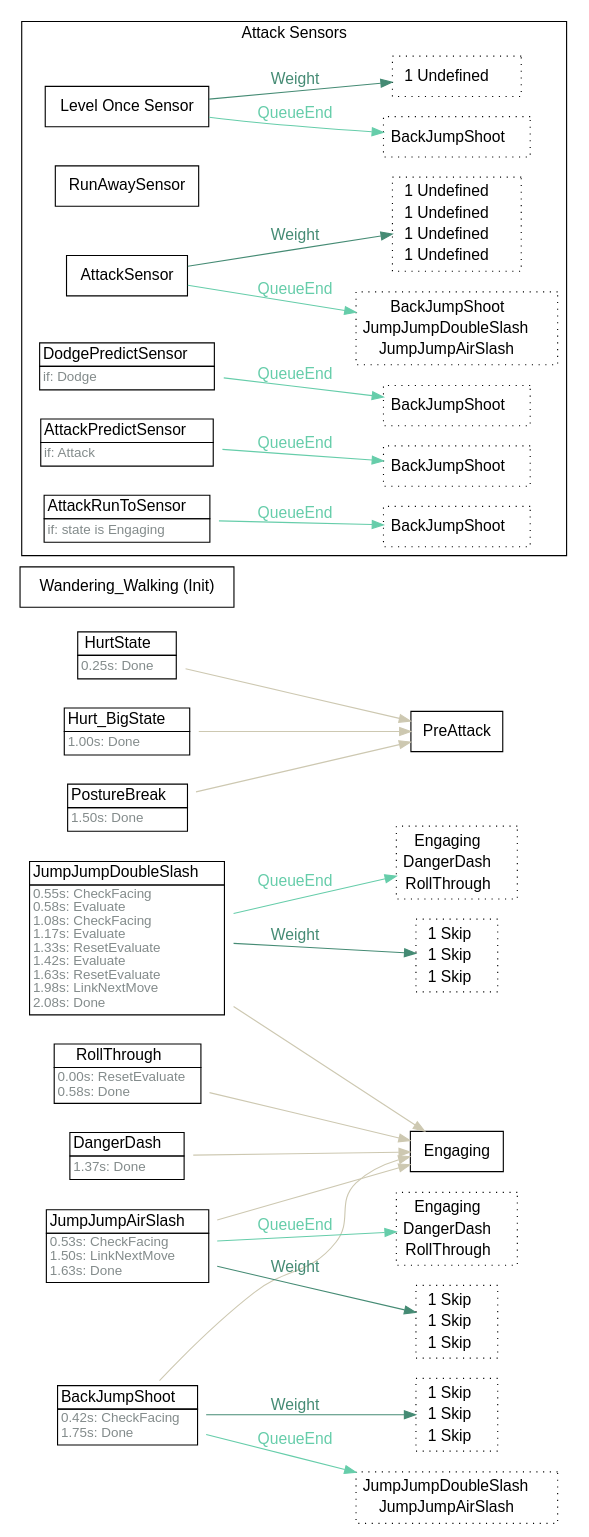
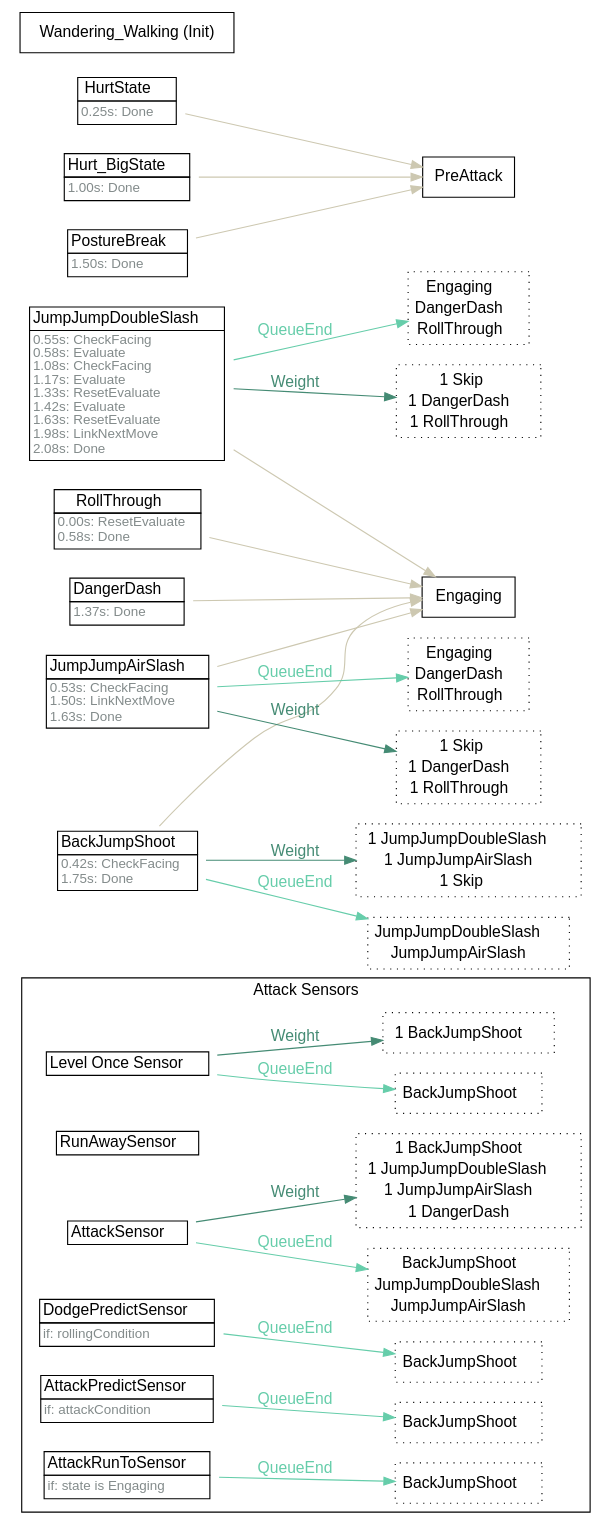
Before and after one commit to nine-sols-modding/StateDump: the diagram in Attacks/Elite/NinjaWaterGhostElite/data.dot, drawn with Graphviz. The commit also changed 463 other files, not shown here.

```diff
--- a/Attacks/Elite/NinjaWaterGhostElite/data.dot
+++ b/Attacks/Elite/NinjaWaterGhostElite/data.dot
@@ -1,60 +1,60 @@
 strict digraph "Foo" {
 	"rankdir"="LR";
-	node ["shape"="box", "fontname"="Helvetica"];
+	node ["shape"="box","fontname"="Helvetica"];
 	edge ["fontname"="Helvetica"];
-	"BackJumpShoot" ["shape"="plaintext", "label"=<<TABLE border="0" cellborder="1" cellspacing="0" cellpadding="2"><TR><TD >BackJumpShoot  </TD></TR><TR><TD align="left" balign="left"><FONT point-size="12" color="azure4">0.42s: CheckFacing<br/>1.75s: Done</FONT>  </TD></TR></TABLE>>]
-	"BackJumpShoot" -> "Engaging"  ["color"="cornsilk3", "fontcolor"="cornsilk3"]
-	"BackJumpShoot_linked" ["shape"="box", "style"="dotted", "label"=<<TABLE border="0" cellborder="0" cellspacing="0" cellpadding="2"><TR><TD>JumpJumpDoubleSlash  </TD></TR><TR><TD>JumpJumpAirSlash  </TD></TR></TABLE>>, "margin"="0.05"]
-	"BackJumpShoot" -> "BackJumpShoot_linked"  ["label"="QueueEnd", "color"="aquamarine3", "fontcolor"="aquamarine3"]
-	"BackJumpShoot_mustuse" ["shape"="box", "style"="dotted", "label"=<<TABLE border="0" cellborder="0" cellspacing="0" cellpadding="2"><TR><TD>1 Skip  </TD></TR><TR><TD>1 Skip  </TD></TR><TR><TD>1 Skip  </TD></TR></TABLE>>]
-	"BackJumpShoot" -> "BackJumpShoot_mustuse"  ["label"="Weight", "color"="aquamarine4", "fontcolor"="aquamarine4"]
-	"JumpJumpDoubleSlash" ["shape"="plaintext", "label"=<<TABLE border="0" cellborder="1" cellspacing="0" cellpadding="2"><TR><TD >JumpJumpDoubleSlash  </TD></TR><TR><TD align="left" balign="left"><FONT point-size="12" color="azure4">0.55s: CheckFacing<br/>0.58s: Evaluate<br/>1.08s: CheckFacing<br/>1.17s: Evaluate<br/>1.33s: ResetEvaluate<br/>1.42s: Evaluate<br/>1.63s: ResetEvaluate<br/>1.98s: LinkNextMove<br/>2.08s: Done</FONT>  </TD></TR></TABLE>>]
-	"JumpJumpDoubleSlash" -> "Engaging"  ["color"="cornsilk3", "fontcolor"="cornsilk3"]
-	"JumpJumpDoubleSlash_linked" ["shape"="box", "style"="dotted", "label"=<<TABLE border="0" cellborder="0" cellspacing="0" cellpadding="2"><TR><TD>Engaging  </TD></TR><TR><TD>DangerDash  </TD></TR><TR><TD>RollThrough  </TD></TR></TABLE>>, "margin"="0.05"]
-	"JumpJumpDoubleSlash" -> "JumpJumpDoubleSlash_linked"  ["label"="QueueEnd", "color"="aquamarine3", "fontcolor"="aquamarine3"]
-	"JumpJumpDoubleSlash_mustuse" ["shape"="box", "style"="dotted", "label"=<<TABLE border="0" cellborder="0" cellspacing="0" cellpadding="2"><TR><TD>1 Skip  </TD></TR><TR><TD>1 Skip  </TD></TR><TR><TD>1 Skip  </TD></TR></TABLE>>]
-	"JumpJumpDoubleSlash" -> "JumpJumpDoubleSlash_mustuse"  ["label"="Weight", "color"="aquamarine4", "fontcolor"="aquamarine4"]
-	"JumpJumpAirSlash" ["shape"="plaintext", "label"=<<TABLE border="0" cellborder="1" cellspacing="0" cellpadding="2"><TR><TD >JumpJumpAirSlash  </TD></TR><TR><TD align="left" balign="left"><FONT point-size="12" color="azure4">0.53s: CheckFacing<br/>1.50s: LinkNextMove<br/>1.63s: Done</FONT>  </TD></TR></TABLE>>]
-	"JumpJumpAirSlash" -> "Engaging"  ["color"="cornsilk3", "fontcolor"="cornsilk3"]
-	"JumpJumpAirSlash_linked" ["shape"="box", "style"="dotted", "label"=<<TABLE border="0" cellborder="0" cellspacing="0" cellpadding="2"><TR><TD>Engaging  </TD></TR><TR><TD>DangerDash  </TD></TR><TR><TD>RollThrough  </TD></TR></TABLE>>, "margin"="0.05"]
-	"JumpJumpAirSlash" -> "JumpJumpAirSlash_linked"  ["label"="QueueEnd", "color"="aquamarine3", "fontcolor"="aquamarine3"]
-	"JumpJumpAirSlash_mustuse" ["shape"="box", "style"="dotted", "label"=<<TABLE border="0" cellborder="0" cellspacing="0" cellpadding="2"><TR><TD>1 Skip  </TD></TR><TR><TD>1 Skip  </TD></TR><TR><TD>1 Skip  </TD></TR></TABLE>>]
-	"JumpJumpAirSlash" -> "JumpJumpAirSlash_mustuse"  ["label"="Weight", "color"="aquamarine4", "fontcolor"="aquamarine4"]
-	"DangerDash" ["shape"="plaintext", "label"=<<TABLE border="0" cellborder="1" cellspacing="0" cellpadding="2"><TR><TD >DangerDash  </TD></TR><TR><TD align="left" balign="left"><FONT point-size="12" color="azure4">1.37s: Done</FONT>  </TD></TR></TABLE>>]
-	"DangerDash" -> "Engaging"  ["color"="cornsilk3", "fontcolor"="cornsilk3"]
-	"HurtState" ["shape"="plaintext", "label"=<<TABLE border="0" cellborder="1" cellspacing="0" cellpadding="2"><TR><TD >HurtState  </TD></TR><TR><TD align="left" balign="left"><FONT point-size="12" color="azure4">0.25s: Done</FONT>  </TD></TR></TABLE>>]
-	"HurtState" -> "PreAttack"  ["color"="cornsilk3", "fontcolor"="cornsilk3"]
-	"Hurt_BigState" ["shape"="plaintext", "label"=<<TABLE border="0" cellborder="1" cellspacing="0" cellpadding="2"><TR><TD >Hurt_BigState  </TD></TR><TR><TD align="left" balign="left"><FONT point-size="12" color="azure4">1.00s: Done</FONT>  </TD></TR></TABLE>>]
-	"Hurt_BigState" -> "PreAttack"  ["color"="cornsilk3", "fontcolor"="cornsilk3"]
-	"PostureBreak" ["shape"="plaintext", "label"=<<TABLE border="0" cellborder="1" cellspacing="0" cellpadding="2"><TR><TD >PostureBreak  </TD></TR><TR><TD align="left" balign="left"><FONT point-size="12" color="azure4">1.50s: Done</FONT>  </TD></TR></TABLE>>]
-	"PostureBreak" -> "PreAttack"  ["color"="cornsilk3", "fontcolor"="cornsilk3"]
-	"RollThrough" ["shape"="plaintext", "label"=<<TABLE border="0" cellborder="1" cellspacing="0" cellpadding="2"><TR><TD >RollThrough  </TD></TR><TR><TD align="left" balign="left"><FONT point-size="12" color="azure4">0.00s: ResetEvaluate<br/>0.58s: Done</FONT>  </TD></TR></TABLE>>]
-	"RollThrough" -> "Engaging"  ["color"="cornsilk3", "fontcolor"="cornsilk3"]
-	"Wandering_Walking" ["label"="Wandering_Walking (Init)"]
 	subgraph "cluster_attacksensors" {
 		"rank"="sink";
 		"label"="Attack Sensors";
 		"fontname"="Helvetica";
-		"Level Once Sensor" ["label"="Level Once Sensor"]
-		"Level Once Sensor_linked" ["shape"="box", "style"="dotted", "label"=<<TABLE border="0" cellborder="0" cellspacing="0" cellpadding="2"><TR><TD>BackJumpShoot  </TD></TR></TABLE>>, "margin"="0.05"]
-		"Level Once Sensor" -> "Level Once Sensor_linked"  ["label"="QueueEnd", "color"="aquamarine3", "fontcolor"="aquamarine3"]
-		"Level Once Sensor_mustuse" ["shape"="box", "style"="dotted", "label"=<<TABLE border="0" cellborder="0" cellspacing="0" cellpadding="2"><TR><TD>1 Undefined  </TD></TR></TABLE>>]
-		"Level Once Sensor" -> "Level Once Sensor_mustuse"  ["label"="Weight", "color"="aquamarine4", "fontcolor"="aquamarine4"]
-		"RunAwaySensor" ["label"="RunAwaySensor"]
-		"AttackSensor" ["label"="AttackSensor"]
-		"AttackSensor_linked" ["shape"="box", "style"="dotted", "label"=<<TABLE border="0" cellborder="0" cellspacing="0" cellpadding="2"><TR><TD>BackJumpShoot  </TD></TR><TR><TD>JumpJumpDoubleSlash  </TD></TR><TR><TD>JumpJumpAirSlash  </TD></TR></TABLE>>, "margin"="0.05"]
-		"AttackSensor" -> "AttackSensor_linked"  ["label"="QueueEnd", "color"="aquamarine3", "fontcolor"="aquamarine3"]
-		"AttackSensor_mustuse" ["shape"="box", "style"="dotted", "label"=<<TABLE border="0" cellborder="0" cellspacing="0" cellpadding="2"><TR><TD>1 Undefined  </TD></TR><TR><TD>1 Undefined  </TD></TR><TR><TD>1 Undefined  </TD></TR><TR><TD>1 Undefined  </TD></TR></TABLE>>]
-		"AttackSensor" -> "AttackSensor_mustuse"  ["label"="Weight", "color"="aquamarine4", "fontcolor"="aquamarine4"]
-		"DodgePredictSensor" ["shape"="plaintext", "label"=<<TABLE border="0" cellborder="1" cellspacing="0" cellpadding="2"><TR><TD >DodgePredictSensor  </TD></TR><TR><TD align="left" balign="left"><FONT point-size="12" color="azure4">if: Dodge</FONT>  </TD></TR></TABLE>>]
-		"DodgePredictSensor_linked" ["shape"="box", "style"="dotted", "label"=<<TABLE border="0" cellborder="0" cellspacing="0" cellpadding="2"><TR><TD>BackJumpShoot  </TD></TR></TABLE>>, "margin"="0.05"]
-		"DodgePredictSensor" -> "DodgePredictSensor_linked"  ["label"="QueueEnd", "color"="aquamarine3", "fontcolor"="aquamarine3"]
-		"AttackPredictSensor" ["shape"="plaintext", "label"=<<TABLE border="0" cellborder="1" cellspacing="0" cellpadding="2"><TR><TD >AttackPredictSensor  </TD></TR><TR><TD align="left" balign="left"><FONT point-size="12" color="azure4">if: Attack</FONT>  </TD></TR></TABLE>>]
-		"AttackPredictSensor_linked" ["shape"="box", "style"="dotted", "label"=<<TABLE border="0" cellborder="0" cellspacing="0" cellpadding="2"><TR><TD>BackJumpShoot  </TD></TR></TABLE>>, "margin"="0.05"]
-		"AttackPredictSensor" -> "AttackPredictSensor_linked"  ["label"="QueueEnd", "color"="aquamarine3", "fontcolor"="aquamarine3"]
-		"AttackRunToSensor" ["shape"="plaintext", "label"=<<TABLE border="0" cellborder="1" cellspacing="0" cellpadding="2"><TR><TD >AttackRunToSensor  </TD></TR><TR><TD align="left" balign="left"><FONT point-size="12" color="azure4">if: state is Engaging</FONT>  </TD></TR></TABLE>>]
-		"AttackRunToSensor_linked" ["shape"="box", "style"="dotted", "label"=<<TABLE border="0" cellborder="0" cellspacing="0" cellpadding="2"><TR><TD>BackJumpShoot  </TD></TR></TABLE>>, "margin"="0.05"]
-		"AttackRunToSensor" -> "AttackRunToSensor_linked"  ["label"="QueueEnd", "color"="aquamarine3", "fontcolor"="aquamarine3"]
+		"Level Once Sensor" ["shape"="plaintext","label"=<<TABLE border="0" cellspacing="0" cellborder="1" cellpadding="2"><TR><TD>Level Once Sensor  </TD></TR></TABLE>>]
+		"Level Once Sensor_linked" ["shape"="box","style"="dotted","label"=<<TABLE border="0" cellspacing="0" cellborder="0" cellpadding="2"><TR><TD>BackJumpShoot  </TD></TR></TABLE>>,"margin"="0.05"]
+		"Level Once Sensor" -> "Level Once Sensor_linked"  ["label"="QueueEnd","color"="aquamarine3","fontcolor"="aquamarine3"]
+		"Level Once Sensor_weight" ["shape"="box","style"="dotted","label"=<<TABLE border="0" cellspacing="0" cellborder="0" cellpadding="2"><TR><TD>1 BackJumpShoot  </TD></TR></TABLE>>]
+		"Level Once Sensor" -> "Level Once Sensor_weight"  ["label"="Weight","color"="aquamarine4","fontcolor"="aquamarine4"]
+		"RunAwaySensor" ["shape"="plaintext","label"=<<TABLE border="0" cellspacing="0" cellborder="1" cellpadding="2"><TR><TD>RunAwaySensor  </TD></TR></TABLE>>]
+		"AttackSensor" ["shape"="plaintext","label"=<<TABLE border="0" cellspacing="0" cellborder="1" cellpadding="2"><TR><TD>AttackSensor  </TD></TR></TABLE>>]
+		"AttackSensor_linked" ["shape"="box","style"="dotted","label"=<<TABLE border="0" cellspacing="0" cellborder="0" cellpadding="2"><TR><TD>BackJumpShoot  </TD></TR><TR><TD>JumpJumpDoubleSlash  </TD></TR><TR><TD>JumpJumpAirSlash  </TD></TR></TABLE>>,"margin"="0.05"]
+		"AttackSensor" -> "AttackSensor_linked"  ["label"="QueueEnd","color"="aquamarine3","fontcolor"="aquamarine3"]
+		"AttackSensor_weight" ["shape"="box","style"="dotted","label"=<<TABLE border="0" cellspacing="0" cellborder="0" cellpadding="2"><TR><TD>1 BackJumpShoot  </TD></TR><TR><TD>1 JumpJumpDoubleSlash  </TD></TR><TR><TD>1 JumpJumpAirSlash  </TD></TR><TR><TD>1 DangerDash  </TD></TR></TABLE>>]
+		"AttackSensor" -> "AttackSensor_weight"  ["label"="Weight","color"="aquamarine4","fontcolor"="aquamarine4"]
+		"DodgePredictSensor" ["shape"="plaintext","label"=<<TABLE border="0" cellspacing="0" cellborder="1" cellpadding="2"><TR><TD>DodgePredictSensor  </TD></TR><TR><TD align="left" balign="left"><FONT point-size="12" color="azure4">if: rollingCondition</FONT>  </TD></TR></TABLE>>]
+		"DodgePredictSensor_linked" ["shape"="box","style"="dotted","label"=<<TABLE border="0" cellspacing="0" cellborder="0" cellpadding="2"><TR><TD>BackJumpShoot  </TD></TR></TABLE>>,"margin"="0.05"]
+		"DodgePredictSensor" -> "DodgePredictSensor_linked"  ["label"="QueueEnd","color"="aquamarine3","fontcolor"="aquamarine3"]
+		"AttackPredictSensor" ["shape"="plaintext","label"=<<TABLE border="0" cellspacing="0" cellborder="1" cellpadding="2"><TR><TD>AttackPredictSensor  </TD></TR><TR><TD align="left" balign="left"><FONT point-size="12" color="azure4">if: attackCondition</FONT>  </TD></TR></TABLE>>]
+		"AttackPredictSensor_linked" ["shape"="box","style"="dotted","label"=<<TABLE border="0" cellspacing="0" cellborder="0" cellpadding="2"><TR><TD>BackJumpShoot  </TD></TR></TABLE>>,"margin"="0.05"]
+		"AttackPredictSensor" -> "AttackPredictSensor_linked"  ["label"="QueueEnd","color"="aquamarine3","fontcolor"="aquamarine3"]
+		"AttackRunToSensor" ["shape"="plaintext","label"=<<TABLE border="0" cellspacing="0" cellborder="1" cellpadding="2"><TR><TD>AttackRunToSensor  </TD></TR><TR><TD align="left" balign="left"><FONT point-size="12" color="azure4">if: state is Engaging</FONT>  </TD></TR></TABLE>>]
+		"AttackRunToSensor_linked" ["shape"="box","style"="dotted","label"=<<TABLE border="0" cellspacing="0" cellborder="0" cellpadding="2"><TR><TD>BackJumpShoot  </TD></TR></TABLE>>,"margin"="0.05"]
+		"AttackRunToSensor" -> "AttackRunToSensor_linked"  ["label"="QueueEnd","color"="aquamarine3","fontcolor"="aquamarine3"]
 	}
 	
+	"BackJumpShoot" -> "Engaging"  ["color"="cornsilk3","fontcolor"="cornsilk3"]
+	"BackJumpShoot_linked" ["shape"="box","style"="dotted","label"=<<TABLE border="0" cellspacing="0" cellborder="0" cellpadding="2"><TR><TD>JumpJumpDoubleSlash  </TD></TR><TR><TD>JumpJumpAirSlash  </TD></TR></TABLE>>,"margin"="0.05"]
+	"BackJumpShoot" -> "BackJumpShoot_linked"  ["label"="QueueEnd","color"="aquamarine3","fontcolor"="aquamarine3"]
+	"BackJumpShoot_weight" ["shape"="box","style"="dotted","label"=<<TABLE border="0" cellspacing="0" cellborder="0" cellpadding="2"><TR><TD>1 JumpJumpDoubleSlash  </TD></TR><TR><TD>1 JumpJumpAirSlash  </TD></TR><TR><TD>1 Skip  </TD></TR></TABLE>>]
+	"BackJumpShoot" -> "BackJumpShoot_weight"  ["label"="Weight","color"="aquamarine4","fontcolor"="aquamarine4"]
+	"BackJumpShoot" ["shape"="plaintext","label"=<<TABLE border="0" cellspacing="0" cellborder="1" cellpadding="2"><TR><TD>BackJumpShoot  </TD></TR><TR><TD align="left" balign="left"><FONT point-size="12" color="azure4">0.42s: CheckFacing<br/>1.75s: Done</FONT>  </TD></TR></TABLE>>]
+	"JumpJumpDoubleSlash" -> "Engaging"  ["color"="cornsilk3","fontcolor"="cornsilk3"]
+	"JumpJumpDoubleSlash_linked" ["shape"="box","style"="dotted","label"=<<TABLE border="0" cellspacing="0" cellborder="0" cellpadding="2"><TR><TD>Engaging  </TD></TR><TR><TD>DangerDash  </TD></TR><TR><TD>RollThrough  </TD></TR></TABLE>>,"margin"="0.05"]
+	"JumpJumpDoubleSlash" -> "JumpJumpDoubleSlash_linked"  ["label"="QueueEnd","color"="aquamarine3","fontcolor"="aquamarine3"]
+	"JumpJumpDoubleSlash_weight" ["shape"="box","style"="dotted","label"=<<TABLE border="0" cellspacing="0" cellborder="0" cellpadding="2"><TR><TD>1 Skip  </TD></TR><TR><TD>1 DangerDash  </TD></TR><TR><TD>1 RollThrough  </TD></TR></TABLE>>]
+	"JumpJumpDoubleSlash" -> "JumpJumpDoubleSlash_weight"  ["label"="Weight","color"="aquamarine4","fontcolor"="aquamarine4"]
+	"JumpJumpDoubleSlash" ["shape"="plaintext","label"=<<TABLE border="0" cellspacing="0" cellborder="1" cellpadding="2"><TR><TD>JumpJumpDoubleSlash  </TD></TR><TR><TD align="left" balign="left"><FONT point-size="12" color="azure4">0.55s: CheckFacing<br/>0.58s: Evaluate<br/>1.08s: CheckFacing<br/>1.17s: Evaluate<br/>1.33s: ResetEvaluate<br/>1.42s: Evaluate<br/>1.63s: ResetEvaluate<br/>1.98s: LinkNextMove<br/>2.08s: Done</FONT>  </TD></TR></TABLE>>]
+	"JumpJumpAirSlash" -> "Engaging"  ["color"="cornsilk3","fontcolor"="cornsilk3"]
+	"JumpJumpAirSlash_linked" ["shape"="box","style"="dotted","label"=<<TABLE border="0" cellspacing="0" cellborder="0" cellpadding="2"><TR><TD>Engaging  </TD></TR><TR><TD>DangerDash  </TD></TR><TR><TD>RollThrough  </TD></TR></TABLE>>,"margin"="0.05"]
+	"JumpJumpAirSlash" -> "JumpJumpAirSlash_linked"  ["label"="QueueEnd","color"="aquamarine3","fontcolor"="aquamarine3"]
+	"JumpJumpAirSlash_weight" ["shape"="box","style"="dotted","label"=<<TABLE border="0" cellspacing="0" cellborder="0" cellpadding="2"><TR><TD>1 Skip  </TD></TR><TR><TD>1 DangerDash  </TD></TR><TR><TD>1 RollThrough  </TD></TR></TABLE>>]
+	"JumpJumpAirSlash" -> "JumpJumpAirSlash_weight"  ["label"="Weight","color"="aquamarine4","fontcolor"="aquamarine4"]
+	"JumpJumpAirSlash" ["shape"="plaintext","label"=<<TABLE border="0" cellspacing="0" cellborder="1" cellpadding="2"><TR><TD>JumpJumpAirSlash  </TD></TR><TR><TD align="left" balign="left"><FONT point-size="12" color="azure4">0.53s: CheckFacing<br/>1.50s: LinkNextMove<br/>1.63s: Done</FONT>  </TD></TR></TABLE>>]
+	"DangerDash" -> "Engaging"  ["color"="cornsilk3","fontcolor"="cornsilk3"]
+	"DangerDash" ["shape"="plaintext","label"=<<TABLE border="0" cellspacing="0" cellborder="1" cellpadding="2"><TR><TD>DangerDash  </TD></TR><TR><TD align="left" balign="left"><FONT point-size="12" color="azure4">1.37s: Done</FONT>  </TD></TR></TABLE>>]
+	"HurtState" -> "PreAttack"  ["color"="cornsilk3","fontcolor"="cornsilk3"]
+	"HurtState" ["shape"="plaintext","label"=<<TABLE border="0" cellspacing="0" cellborder="1" cellpadding="2"><TR><TD>HurtState  </TD></TR><TR><TD align="left" balign="left"><FONT point-size="12" color="azure4">0.25s: Done</FONT>  </TD></TR></TABLE>>]
+	"Hurt_BigState" -> "PreAttack"  ["color"="cornsilk3","fontcolor"="cornsilk3"]
+	"Hurt_BigState" ["shape"="plaintext","label"=<<TABLE border="0" cellspacing="0" cellborder="1" cellpadding="2"><TR><TD>Hurt_BigState  </TD></TR><TR><TD align="left" balign="left"><FONT point-size="12" color="azure4">1.00s: Done</FONT>  </TD></TR></TABLE>>]
+	"PostureBreak" -> "PreAttack"  ["color"="cornsilk3","fontcolor"="cornsilk3"]
+	"PostureBreak" ["shape"="plaintext","label"=<<TABLE border="0" cellspacing="0" cellborder="1" cellpadding="2"><TR><TD>PostureBreak  </TD></TR><TR><TD align="left" balign="left"><FONT point-size="12" color="azure4">1.50s: Done</FONT>  </TD></TR></TABLE>>]
+	"RollThrough" -> "Engaging"  ["color"="cornsilk3","fontcolor"="cornsilk3"]
+	"RollThrough" ["shape"="plaintext","label"=<<TABLE border="0" cellspacing="0" cellborder="1" cellpadding="2"><TR><TD>RollThrough  </TD></TR><TR><TD align="left" balign="left"><FONT point-size="12" color="azure4">0.00s: ResetEvaluate<br/>0.58s: Done</FONT>  </TD></TR></TABLE>>]
+	"Wandering_Walking" ["label"="Wandering_Walking (Init)"]
 }
```
